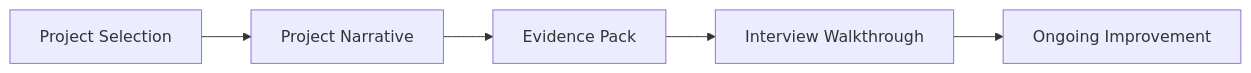
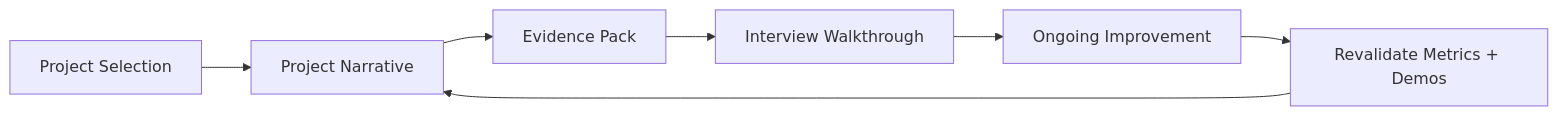
One commit to kaushalkumar8459/CodingTerminal-Tutorial-Notes changed the diagram in tutorial-platform/public/tutorials/react/day-100-portfolio-and-interview-readiness.md. Above: the diagram before and after it, drawn with Mermaid. The commit also changed other lines of this file, not shown here.

````diff
--- a/tutorial-platform/public/tutorials/react/day-100-portfolio-and-interview-readiness.md
+++ b/tutorial-platform/public/tutorials/react/day-100-portfolio-and-interview-readiness.md
@@ -189,7 +200,9 @@
 ```mermaid
 flowchart LR
 	A[Project Selection] --> B[Project Narrative]
 	B --> C[Evidence Pack]
 	C --> D[Interview Walkthrough]
 	D --> E[Ongoing Improvement]
+	E --> F[Revalidate Metrics + Demos]
+	F --> B
 ```
````
